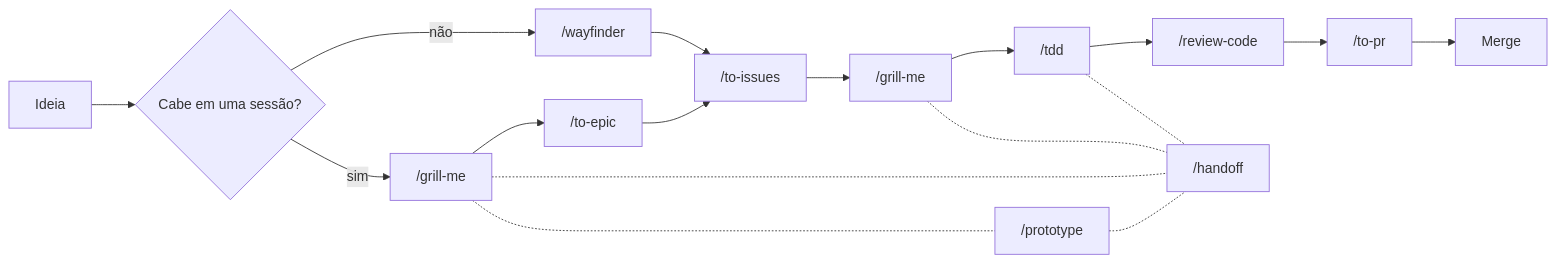
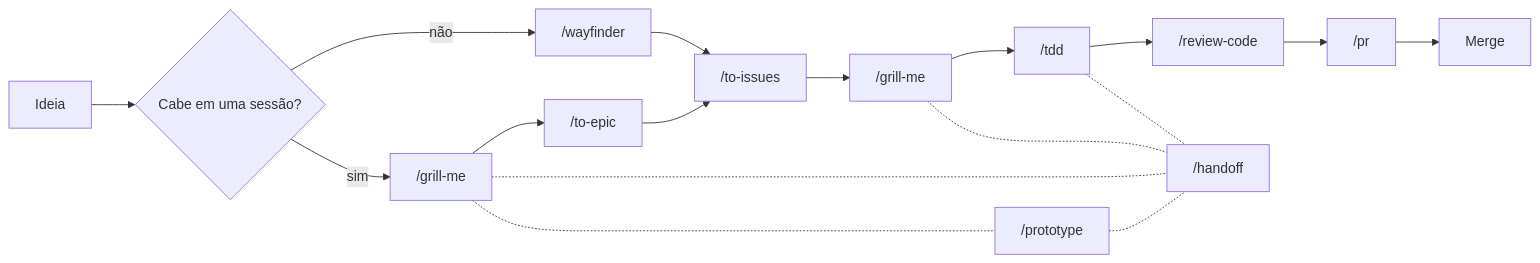
The diagram in README.md (Franco904/skills), drawn with Mermaid before and after one commit. The commit also changed other lines of this file, not shown here.

````diff
--- a/README.md
+++ b/README.md
@@ -55,20 +101,20 @@
 ```mermaid
 flowchart LR
     A[Ideia] --> Z{Cabe em uma sessão?}
     Z -- sim --> B["/grill-me"]
     Z -- não --> W["/wayfinder"]
     B --> C["/to-epic"]
     C --> D["/to-issues"]
     W --> D
     D --> E["/grill-me"]
     E --> G["/tdd"]
     G --> I["/review-code"]
-    I --> J["/to-pr"]
+    I --> J["/pr"]
     J --> K[Merge]
 
     B -.- P["/prototype"]
     P -.- L["/handoff"]
     B -.- L
     E -.- L
     G -.- L
 ```
````
